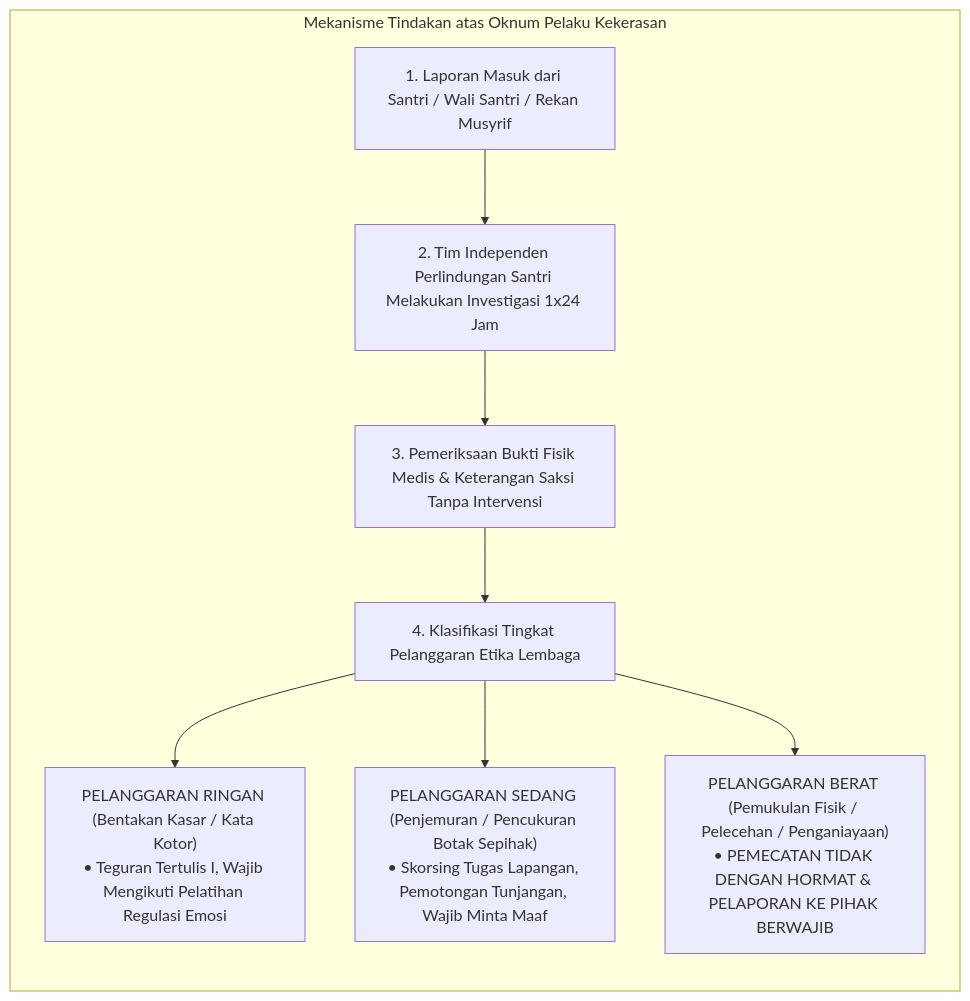
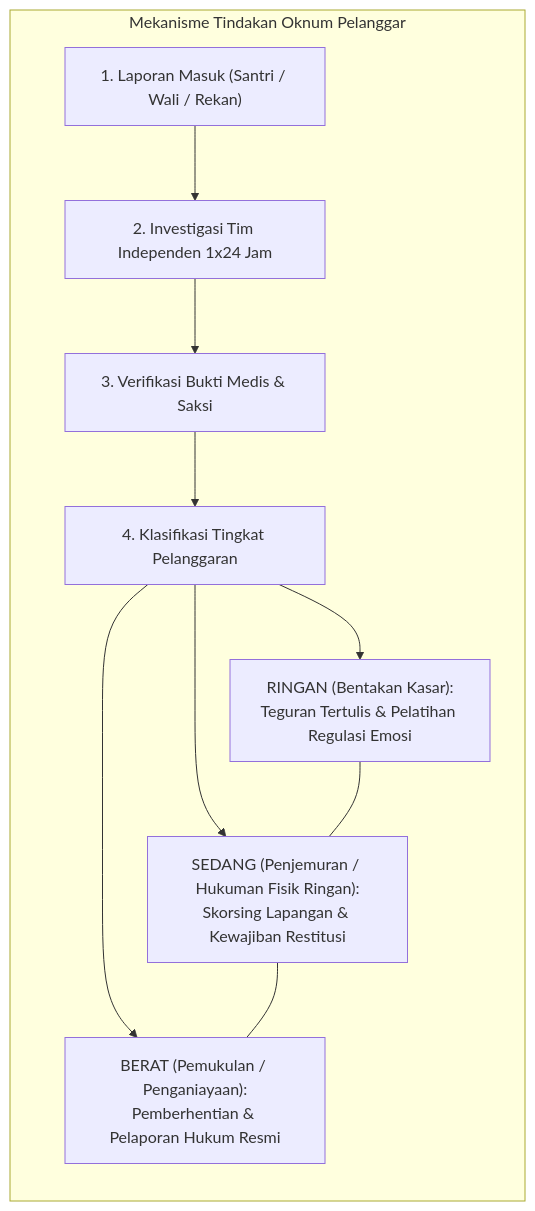
The fifth of 5 diagrams in BOOK Series 1/01-The-Fundamental-of-TUMBUH/Bab-08-Sumpah-Integritas-Pendidikan-TUMBUH.md (wandiapriliyandi/tumbuh), drawn with Mermaid before and after one commit. The commit also changed other lines of this file and 35 other files, not shown here.

Commit message:
fix(book-01): optimasi keterbacaan diagram mermaid pada seluruh bab dan perbarui 20 file PDF

````diff
--- a/BOOK Series 1/01-The-Fundamental-of-TUMBUH/Bab-08-Sumpah-Integritas-Pendidikan-TUMBUH.md
+++ b/BOOK Series 1/01-The-Fundamental-of-TUMBUH/Bab-08-Sumpah-Integritas-Pendidikan-TUMBUH.md
@@ -179,13 +189,16 @@
 ```mermaid
 graph TD
-    subgraph ALUR_AKUNTABILITAS_PENDIDIK["Mekanisme Tindakan atas Oknum Pelaku Kekerasan"]
+    subgraph ALUR_AKUNTABILITAS_PENDIDIK["Mekanisme Tindakan Oknum Pelanggar"]
         direction TB
-        L["1. Laporan Masuk dari Santri / Wali Santri / Rekan Musyrif"] --> I["2. Tim Independen Perlindungan Santri Melakukan Investigasi 1x24 Jam"]
-        I --> B["3. Pemeriksaan Bukti Fisik Medis & Keterangan Saksi Tanpa Intervensi"]
-        B --> K["4. Klasifikasi Tingkat Pelanggaran Etika Lembaga"]
+        L["1. Laporan Masuk (Santri / Wali / Rekan)"]
+        --> I["2. Investigasi Tim Independen 1x24 Jam"]
+        --> B["3. Verifikasi Bukti Medis & Saksi"]
+        --> K["4. Klasifikasi Tingkat Pelanggaran"]
         
-        K --> S1["PELANGGARAN RINGAN (Bentakan Kasar / Kata Kotor)<br/>• Teguran Tertulis I, Wajib Mengikuti Pelatihan Regulasi Emosi"]
-        K --> S2["PELANGGARAN SEDANG (Penjemuran / Pencukuran Botak Sepihak)<br/>• Skorsing Tugas Lapangan, Pemotongan Tunjangan, Wajib Minta Maaf"]
-        K --> S3["PELANGGARAN BERAT (Pemukulan Fisik / Pelecehan / Penganiayaan)<br/>• PEMECATAN TIDAK DENGAN HORMAT & PELAPORAN KE PIHAK BERWAJIB"]
+        K --> S1["RINGAN (Bentakan Kasar):<br/>Teguran Tertulis & Pelatihan Regulasi Emosi"]
+        K --> S2["SEDANG (Penjemuran / Hukuman Fisik Ringan):<br/>Skorsing Lapangan & Kewajiban Restitusi"]
+        K --> S3["BERAT (Pemukulan / Penganiayaan):<br/>Pemberhentian & Pelaporan Hukum Resmi"]
+        S1 --- S2
+        S2 --- S3
     end
 ```
````
